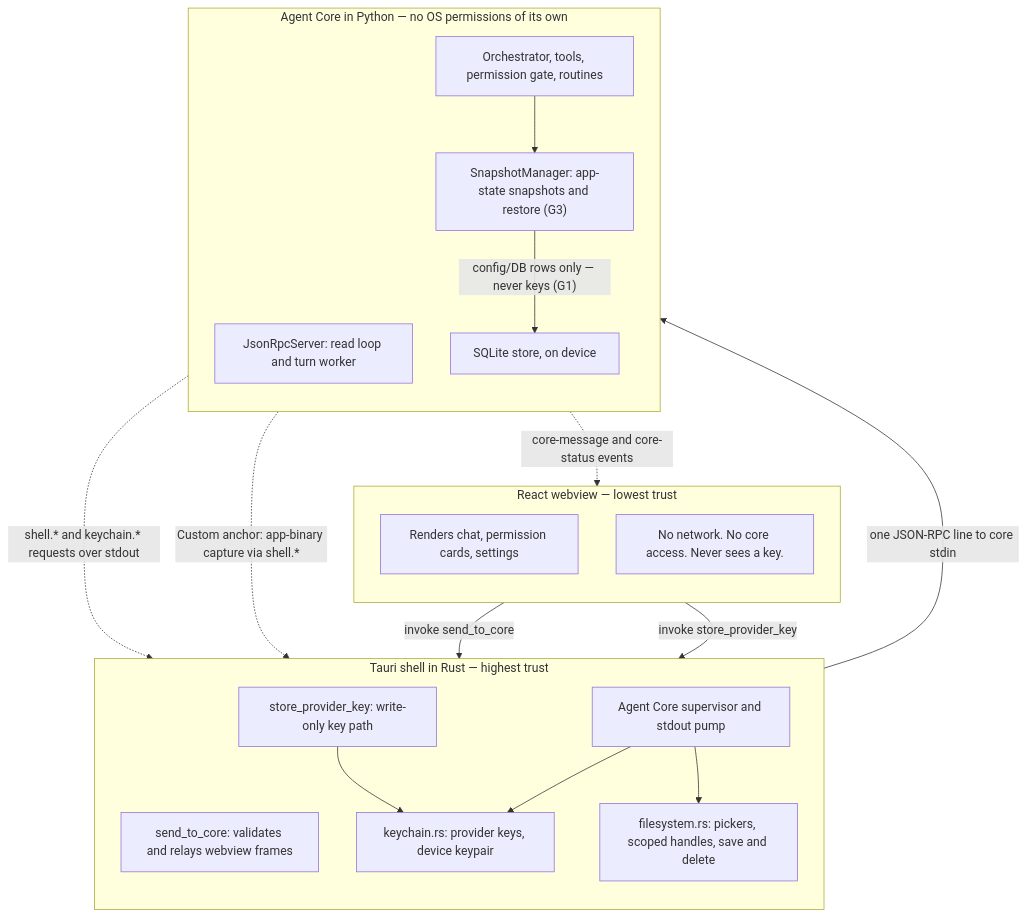
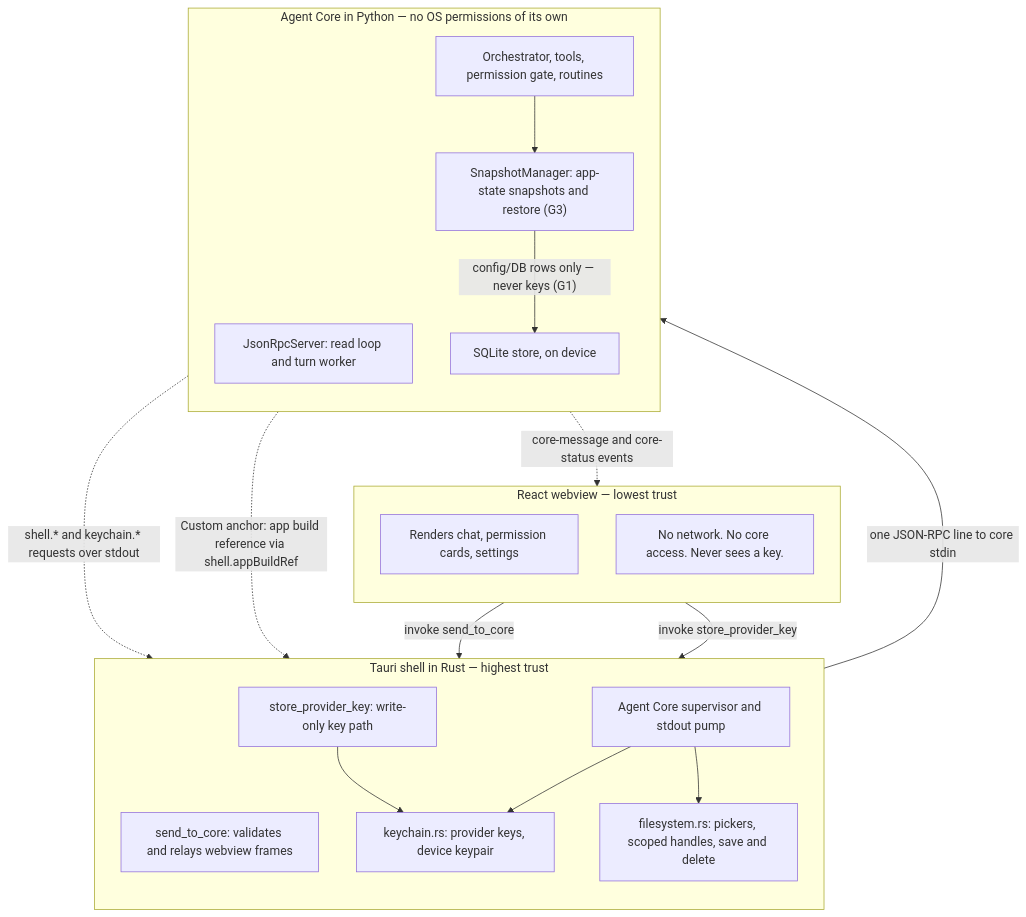
Before and after one commit to N041M/Addison: the first of 2 diagrams in docs/architecture.md, drawn with Mermaid. The commit also changed other lines of this file and 47 other files, not shown here.

````diff
--- a/docs/architecture.md
+++ b/docs/architecture.md
@@ -19,37 +19,37 @@
 ```mermaid
 flowchart TB
     subgraph webview["React webview — lowest trust"]
         direction TB
         UIrender["Renders chat, permission cards, settings"]
         UInote["No network. No core access. Never sees a key."]
     end
 
     subgraph shell["Tauri shell in Rust — highest trust"]
         direction TB
         SendCmd["send_to_core: validates and relays webview frames"]
         StoreKeyCmd["store_provider_key: write-only key path"]
         Supervisor["Agent Core supervisor and stdout pump"]
         Keychain["keychain.rs: provider keys, device keypair"]
         Filesystem["filesystem.rs: pickers, scoped handles, save and delete"]
     end
 
     subgraph core["Agent Core in Python — no OS permissions of its own"]
         direction TB
         Server["JsonRpcServer: read loop and turn worker"]
         Engine["Orchestrator, tools, permission gate, routines"]
         Snapshots["SnapshotManager: app-state snapshots and restore (G3)"]
         Store["SQLite store, on device"]
     end
 
     UIrender -->|"invoke send_to_core"| SendCmd
     UIrender -->|"invoke store_provider_key"| StoreKeyCmd
     SendCmd -->|"one JSON-RPC line to core stdin"| Server
     Server -.->|"core-message and core-status events"| UIrender
     Engine -.->|"shell.* and keychain.* requests over stdout"| Supervisor
     Engine --> Snapshots
     Snapshots -->|"config/DB rows only — never keys (G1)"| Store
-    Snapshots -.->|"Custom anchor: app-binary capture via shell.*"| Supervisor
+    Snapshots -.->|"Custom anchor: app build reference via shell.appBuildRef"| Supervisor
     Supervisor --> Keychain
     Supervisor --> Filesystem
     StoreKeyCmd --> Keychain
 ```
````
